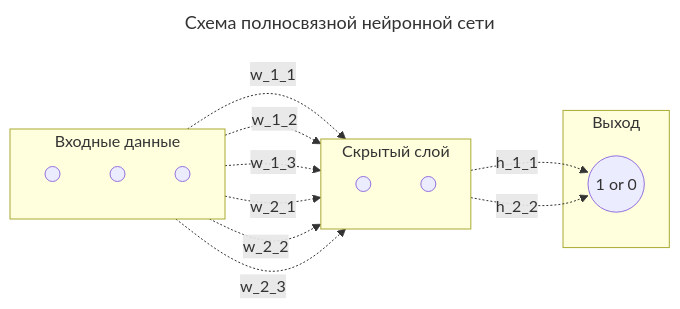
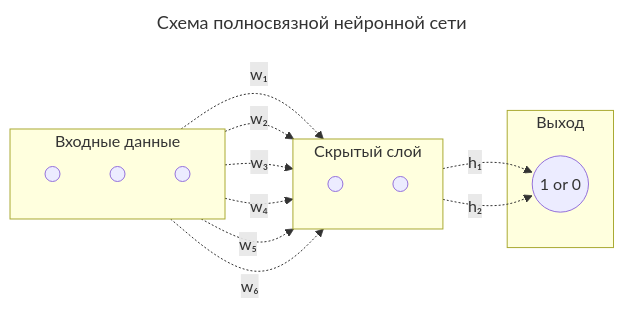
The diagram in readme.md (denisbolshakoff/Automation_of_prereview_of_scientific_manuscripts), drawn with Mermaid before and after one commit.

Commit message:
исправлен readme.md файл

````diff
--- a/readme.md
+++ b/readme.md
@@ -29,40 +29,40 @@
 ```mermaid
 ---
 title: Схема полносвязной нейронной сети
 ---
 
 graph LR
 
 classDef nofill fill:none, stroke:none;
 
 
     subgraph Clients[Входные данные]
         direction TB
 	 A1((" ")) 
 	 A2((" "))
 	 A3((" "))
  	end
 
 	subgraph Hidden[Скрытый слой]
 	direction TB
 	 B1((" "))
 	 B2((" "))
 	end
 
 	subgraph exit[Выход]
 	 C1(("1 or 0"))
 	end
 
 
-	 A1((" ")) -.w_1_1.-> B1((" "))
-	 A2((" ")) -.w_1_2.-> B1
-	 A3((" ")) -.w_1_3.-> B1
+	 A1((" ")) -.w₁.-> B1((" "))
+	 A2((" ")) -.w₂.-> B1
+	 A3((" ")) -.w₃.-> B1
 
-	 A1-.w_2_1.->B2((" "))
-	 A2-.w_2_2.->B2
-	 A3-.w_2_3.->B2
+	 A1-.w₄.->B2((" "))
+	 A2-.w₅.->B2
+	 A3-.w₆.->B2
 
 
-	 B1-.h_1_1.->C1(("1 or 0"))
-	 B2-.h_2_2.->C1
+	 B1-.h₁.->C1(("1 or 0"))
+	 B2-.h₂.->C1
 ```
````
